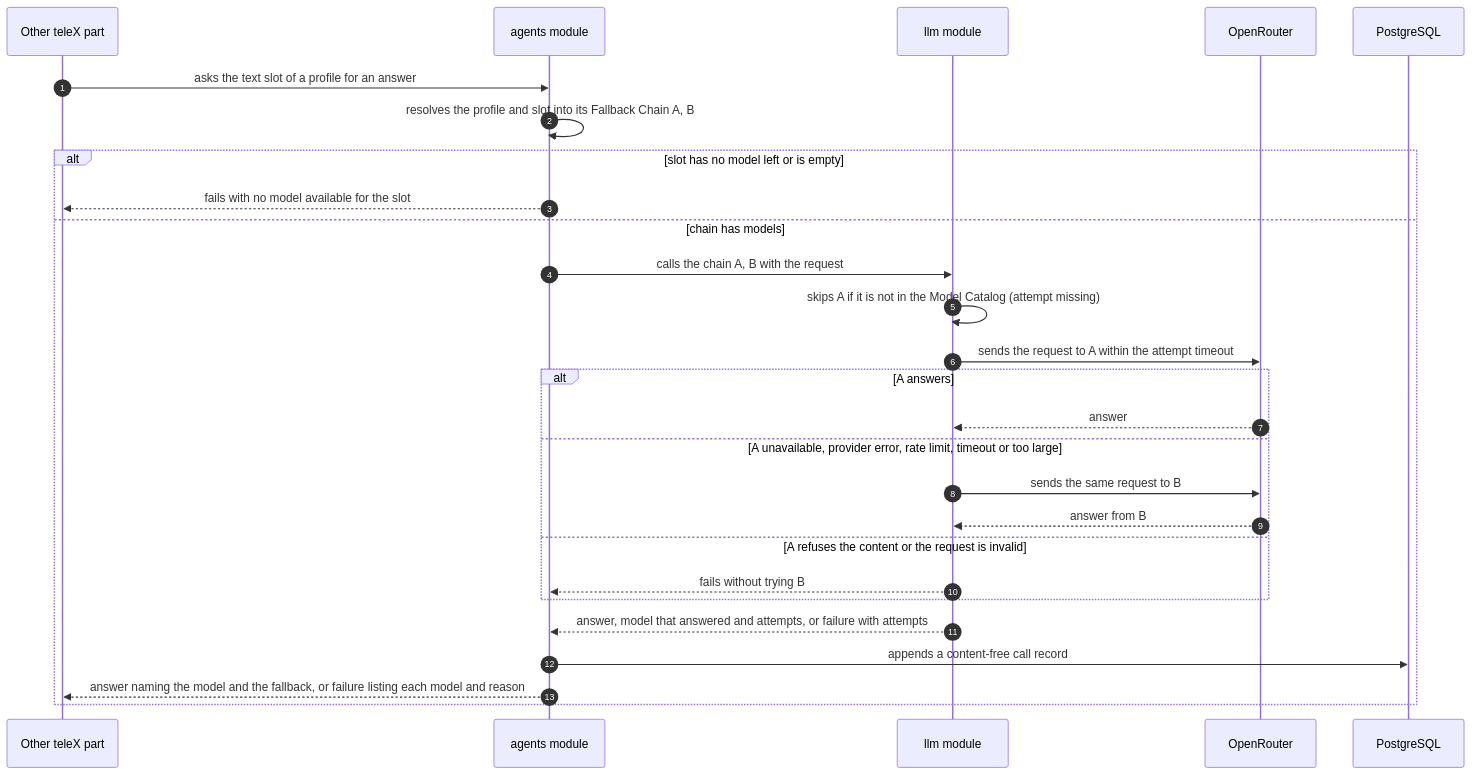
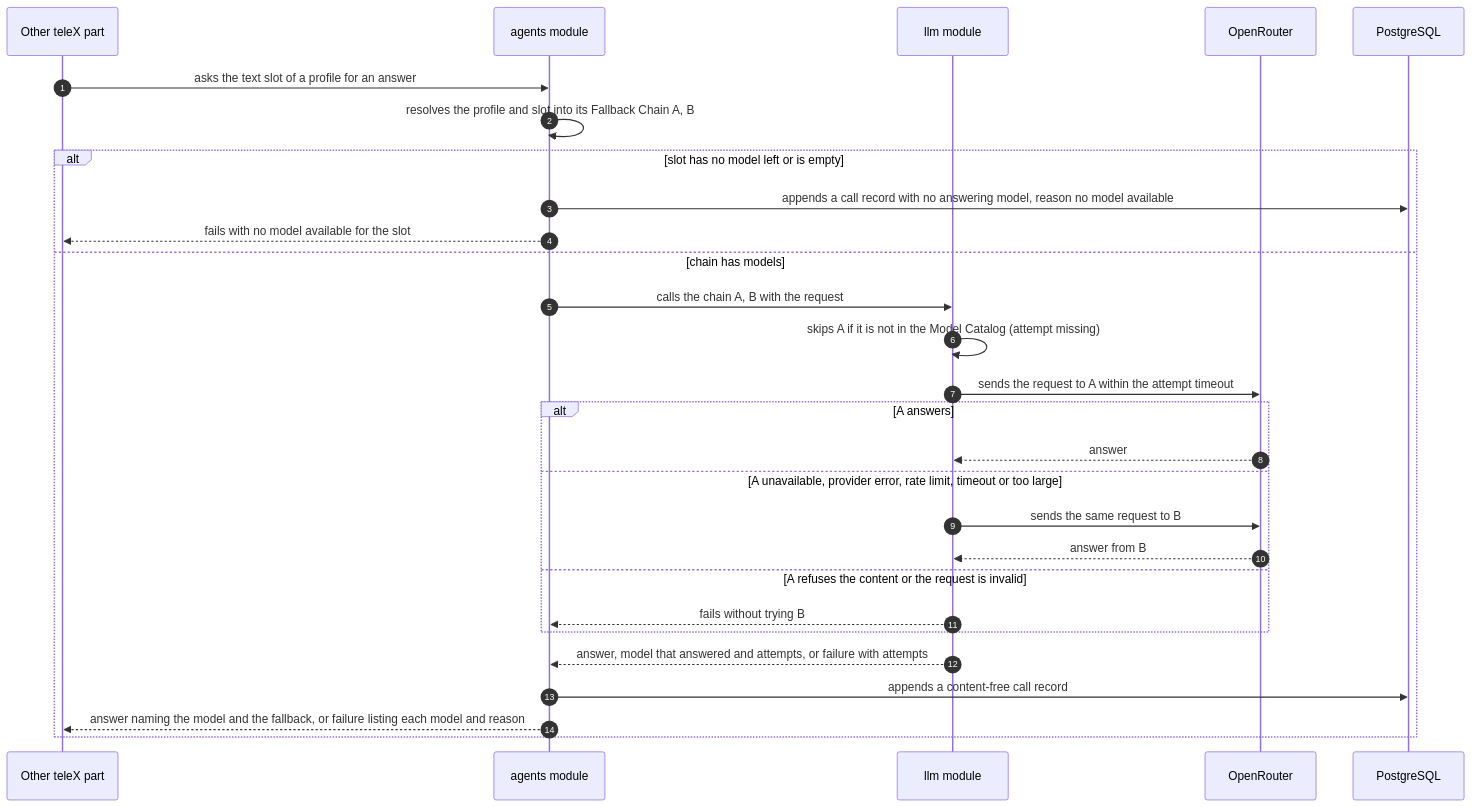
The third of 4 diagrams in docs/features/model-profiles/sad.md (drnetua/telex), drawn with Mermaid before and after one commit. The commit also changed other lines of this file and 2 other files, not shown here.

First line of the commit message:
design: model-profiles finalization (critic pass)

````diff
--- a/docs/features/model-profiles/sad.md
+++ b/docs/features/model-profiles/sad.md
@@ -173,29 +175,30 @@
 ```mermaid
 sequenceDiagram
     autonumber
     participant Caller as Other teleX part
     participant Agents as agents module
     participant Llm as llm module
     participant OR as OpenRouter
     participant DB as PostgreSQL
     Caller->>Agents: asks the text slot of a profile for an answer
     Agents->>Agents: resolves the profile and slot into its Fallback Chain A, B
     alt slot has no model left or is empty
+        Agents->>DB: appends a call record with no answering model, reason no model available
         Agents-->>Caller: fails with no model available for the slot
     else chain has models
         Agents->>Llm: calls the chain A, B with the request
         Llm->>Llm: skips A if it is not in the Model Catalog (attempt missing)
         Llm->>OR: sends the request to A within the attempt timeout
         alt A answers
             OR-->>Llm: answer
         else A unavailable, provider error, rate limit, timeout or too large
             Llm->>OR: sends the same request to B
             OR-->>Llm: answer from B
         else A refuses the content or the request is invalid
             Llm-->>Agents: fails without trying B
         end
         Llm-->>Agents: answer, model that answered and attempts, or failure with attempts
         Agents->>DB: appends a content-free call record
         Agents-->>Caller: answer naming the model and the fallback, or failure listing each model and reason
     end
 ```
````
